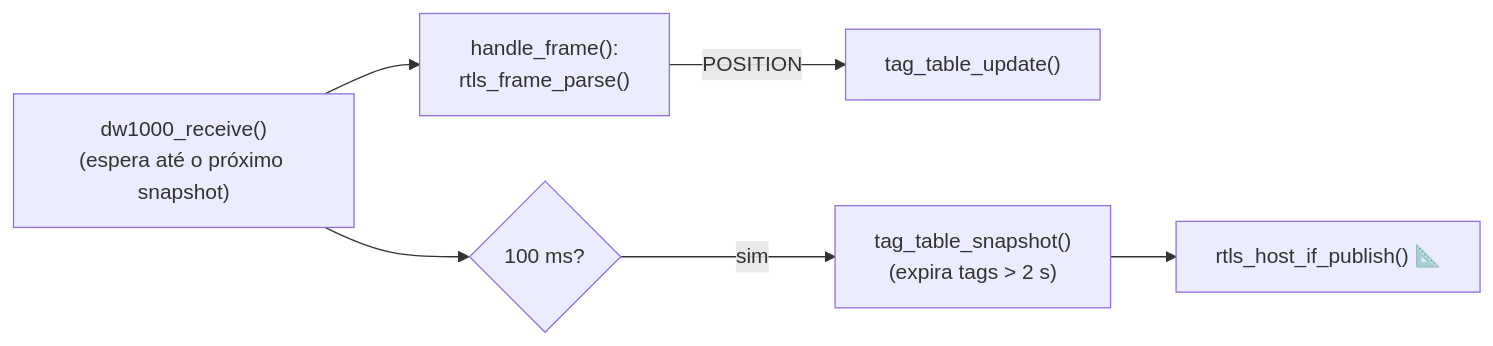
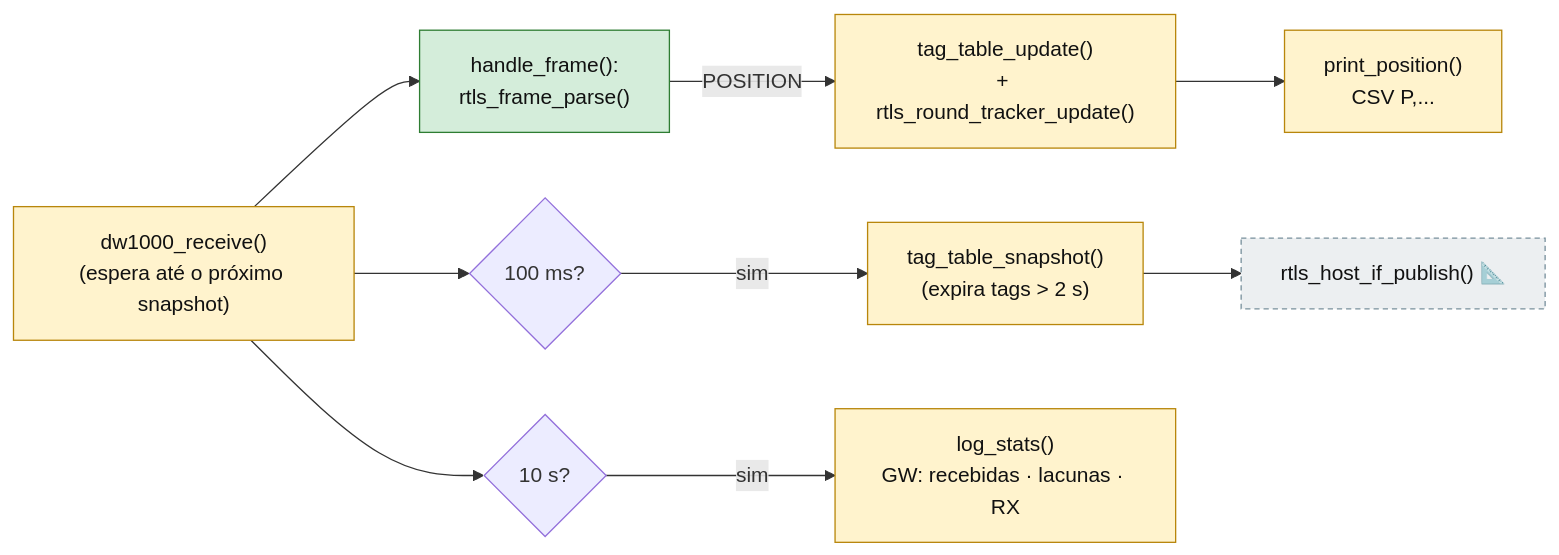
One commit to MauroTony/dwm1001-rtls-fw changed the tenth of 15 diagrams in docs/09-guia-do-codigo.md. Above: the diagram before and after it, drawn with Mermaid. The commit also changed other lines of this file and 3 other files, not shown here.

First line of the commit message:
docs: document the M5 gateway CSV, round gap counting and delivery analysis

````diff
--- a/docs/09-guia-do-codigo.md
+++ b/docs/09-guia-do-codigo.md
@@ -406,7 +409,12 @@
 ```mermaid
 flowchart LR
-    rx["dw1000_receive()<br/>(espera até o próximo snapshot)"] --> h["handle_frame():<br/>rtls_frame_parse()"]
-    h -- POSITION --> up["tag_table_update()"]
+    rx["dw1000_receive()<br/>(espera até o próximo snapshot)"]:::bench --> h["handle_frame():<br/>rtls_frame_parse()"]:::ok
+    h -- POSITION --> up["tag_table_update()<br/>+ rtls_round_tracker_update()"]:::bench --> csv["print_position()<br/>CSV P,..."]:::bench
     rx --> t{"100 ms?"}
-    t -- sim --> snap["tag_table_snapshot()<br/>(expira tags > 2 s)"] --> pub["rtls_host_if_publish() 📐"]
+    t -- sim --> snap["tag_table_snapshot()<br/>(expira tags > 2 s)"]:::bench --> pub["rtls_host_if_publish() 📐"]:::stub
+    rx --> s10{"10 s?"}
+    s10 -- sim --> ls["log_stats()<br/>GW: recebidas · lacunas · RX"]:::bench
+    classDef ok fill:#d4edda,stroke:#2e7d32,color:#111
+    classDef bench fill:#fff3cd,stroke:#b8860b,color:#111
+    classDef stub fill:#eceff1,stroke:#78909c,color:#111,stroke-dasharray:4 3
 ```
````
